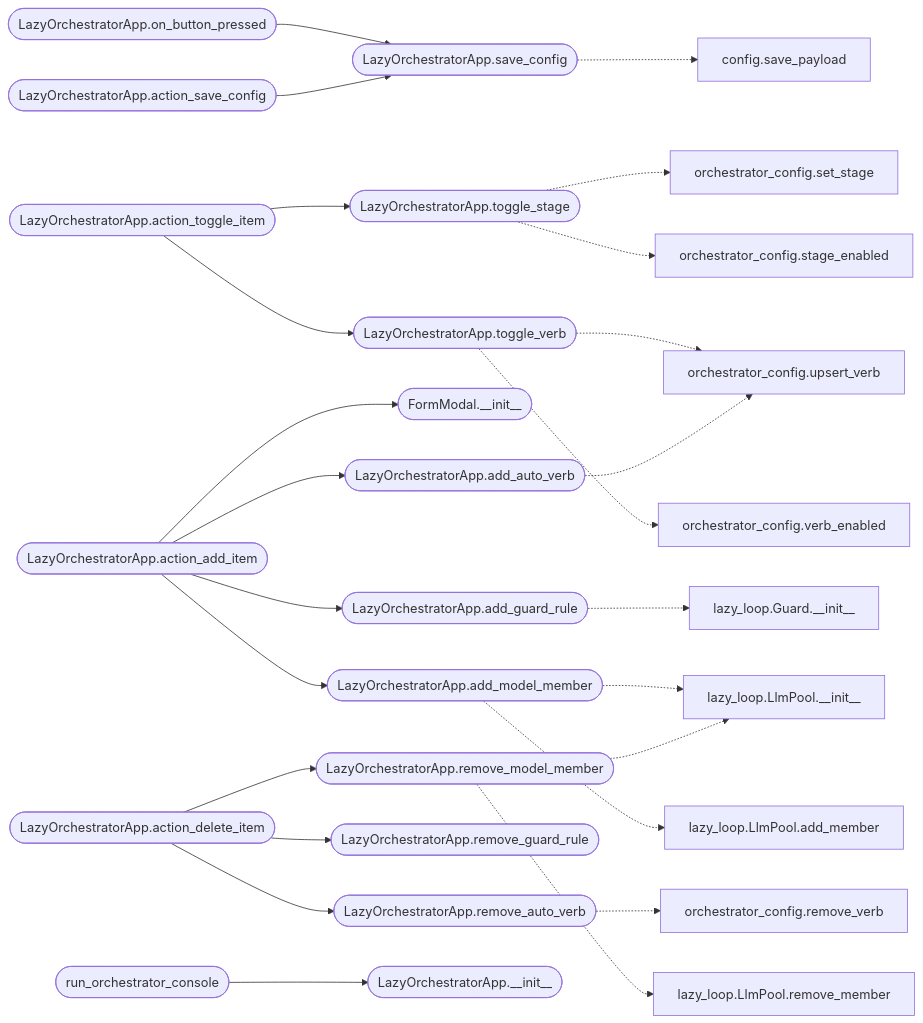
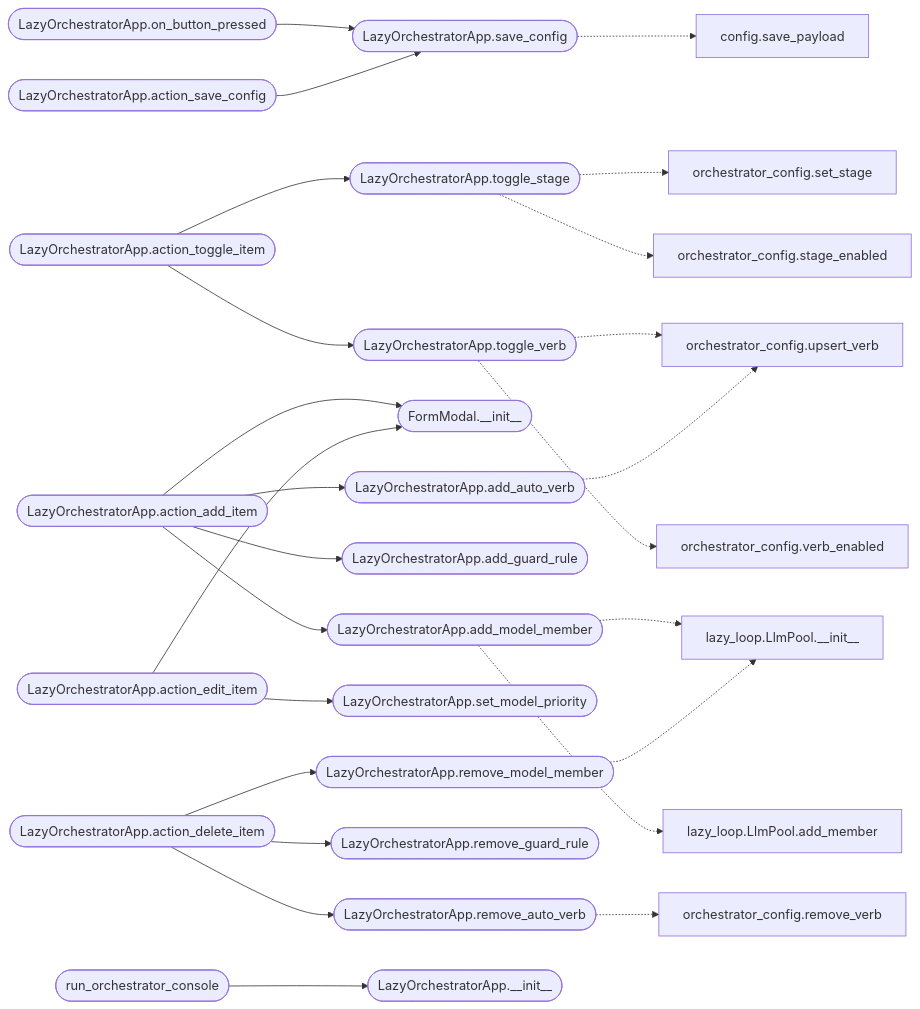
Before and after one commit to grisuno/LazyOwn: the second of 2 diagrams in readmenator-apidocs/modules/cli.lazy_orchestrator.py.md, drawn with Mermaid. The commit also changed other lines of this file and 325 other files, not shown here.

````diff
--- a/readmenator-apidocs/modules/cli.lazy_orchestrator.py.md
+++ b/readmenator-apidocs/modules/cli.lazy_orchestrator.py.md
@@ -64,54 +66,54 @@
 ```mermaid
 flowchart LR
     n_cli_lazy_orchestrator_py__LazyOrchestratorApp_on_button_pressed(["LazyOrchestratorApp.on_button_pressed"])
     n_cli_lazy_orchestrator_py__LazyOrchestratorApp_save_config(["LazyOrchestratorApp.save_config"])
     n_cli_lazy_orchestrator_py__LazyOrchestratorApp_action_toggle_item(["LazyOrchestratorApp.action_toggle_item"])
     n_cli_lazy_orchestrator_py__LazyOrchestratorApp_toggle_stage(["LazyOrchestratorApp.toggle_stage"])
     n_cli_lazy_orchestrator_py__LazyOrchestratorApp_toggle_verb(["LazyOrchestratorApp.toggle_verb"])
     n_cli_lazy_orchestrator_py__LazyOrchestratorApp_action_save_config(["LazyOrchestratorApp.action_save_config"])
     n_cli_lazy_orchestrator_py__LazyOrchestratorApp_action_add_item(["LazyOrchestratorApp.action_add_item"])
     n_cli_lazy_orchestrator_py__FormModal___init__(["FormModal.__init__"])
     n_cli_lazy_orchestrator_py__LazyOrchestratorApp_add_auto_verb(["LazyOrchestratorApp.add_auto_verb"])
     n_cli_lazy_orchestrator_py__LazyOrchestratorApp_add_guard_rule(["LazyOrchestratorApp.add_guard_rule"])
     n_cli_lazy_orchestrator_py__LazyOrchestratorApp_add_model_member(["LazyOrchestratorApp.add_model_member"])
+    n_cli_lazy_orchestrator_py__LazyOrchestratorApp_action_edit_item(["LazyOrchestratorApp.action_edit_item"])
+    n_cli_lazy_orchestrator_py__LazyOrchestratorApp_set_model_priority(["LazyOrchestratorApp.set_model_priority"])
     n_cli_lazy_orchestrator_py__LazyOrchestratorApp_action_delete_item(["LazyOrchestratorApp.action_delete_item"])
     n_cli_lazy_orchestrator_py__LazyOrchestratorApp_remove_auto_verb(["LazyOrchestratorApp.remove_auto_verb"])
     n_cli_lazy_orchestrator_py__LazyOrchestratorApp_remove_guard_rule(["LazyOrchestratorApp.remove_guard_rule"])
     n_cli_lazy_orchestrator_py__LazyOrchestratorApp_remove_model_member(["LazyOrchestratorApp.remove_model_member"])
     n_cli_lazy_orchestrator_py__run_orchestrator_console(["run_orchestrator_console"])
     n_cli_lazy_orchestrator_py__LazyOrchestratorApp___init__(["LazyOrchestratorApp.__init__"])
     n_modules_orchestrator_config_py__set_stage["orchestrator_config.set_stage"]
     n_modules_orchestrator_config_py__stage_enabled["orchestrator_config.stage_enabled"]
     n_modules_orchestrator_config_py__upsert_verb["orchestrator_config.upsert_verb"]
     n_modules_orchestrator_config_py__verb_enabled["orchestrator_config.verb_enabled"]
     n_modules_orchestrator_config_py__remove_verb["orchestrator_config.remove_verb"]
     n_core_config_py__save_payload["config.save_payload"]
     n_modules_lazy_loop_py__LlmPool___init__["lazy_loop.LlmPool.__init__"]
     n_modules_lazy_loop_py__LlmPool_add_member["lazy_loop.LlmPool.add_member"]
-    n_modules_lazy_loop_py__LlmPool_remove_member["lazy_loop.LlmPool.remove_member"]
-    n_modules_lazy_loop_py__Guard___init__["lazy_loop.Guard.__init__"]
     n_cli_lazy_orchestrator_py__LazyOrchestratorApp_on_button_pressed --> n_cli_lazy_orchestrator_py__LazyOrchestratorApp_save_config
     n_cli_lazy_orchestrator_py__LazyOrchestratorApp_action_toggle_item --> n_cli_lazy_orchestrator_py__LazyOrchestratorApp_toggle_stage
     n_cli_lazy_orchestrator_py__LazyOrchestratorApp_action_toggle_item --> n_cli_lazy_orchestrator_py__LazyOrchestratorApp_toggle_verb
     n_cli_lazy_orchestrator_py__LazyOrchestratorApp_action_save_config --> n_cli_lazy_orchestrator_py__LazyOrchestratorApp_save_config
     n_cli_lazy_orchestrator_py__LazyOrchestratorApp_action_add_item --> n_cli_lazy_orchestrator_py__FormModal___init__
     n_cli_lazy_orchestrator_py__LazyOrchestratorApp_action_add_item --> n_cli_lazy_orchestrator_py__LazyOrchestratorApp_add_auto_verb
     n_cli_lazy_orchestrator_py__LazyOrchestratorApp_action_add_item --> n_cli_lazy_orchestrator_py__LazyOrchestratorApp_add_guard_rule
     n_cli_lazy_orchestrator_py__LazyOrchestratorApp_action_add_item --> n_cli_lazy_orchestrator_py__LazyOrchestratorApp_add_model_member
+    n_cli_lazy_orchestrator_py__LazyOrchestratorApp_action_edit_item --> n_cli_lazy_orchestrator_py__FormModal___init__
+    n_cli_lazy_orchestrator_py__LazyOrchestratorApp_action_edit_item --> n_cli_lazy_orchestrator_py__LazyOrchestratorApp_set_model_priority
     n_cli_lazy_orchestrator_py__LazyOrchestratorApp_action_delete_item --> n_cli_lazy_orchestrator_py__LazyOrchestratorApp_remove_auto_verb
     n_cli_lazy_orchestrator_py__LazyOrchestratorApp_action_delete_item --> n_cli_lazy_orchestrator_py__LazyOrchestratorApp_remove_guard_rule
     n_cli_lazy_orchestrator_py__LazyOrchestratorApp_action_delete_item --> n_cli_lazy_orchestrator_py__LazyOrchestratorApp_remove_model_member
     n_cli_lazy_orchestrator_py__run_orchestrator_console --> n_cli_lazy_orchestrator_py__LazyOrchestratorApp___init__
     n_cli_lazy_orchestrator_py__LazyOrchestratorApp_toggle_stage -.-> n_modules_orchestrator_config_py__set_stage
     n_cli_lazy_orchestrator_py__LazyOrchestratorApp_toggle_stage -.-> n_modules_orchestrator_config_py__stage_enabled
     n_cli_lazy_orchestrator_py__LazyOrchestratorApp_toggle_verb -.-> n_modules_orchestrator_config_py__upsert_verb
     n_cli_lazy_orchestrator_py__LazyOrchestratorApp_toggle_verb -.-> n_modules_orchestrator_config_py__verb_enabled
     n_cli_lazy_orchestrator_py__LazyOrchestratorApp_add_auto_verb -.-> n_modules_orchestrator_config_py__upsert_verb
     n_cli_lazy_orchestrator_py__LazyOrchestratorApp_remove_auto_verb -.-> n_modules_orchestrator_config_py__remove_verb
     n_cli_lazy_orchestrator_py__LazyOrchestratorApp_save_config -.-> n_core_config_py__save_payload
     n_cli_lazy_orchestrator_py__LazyOrchestratorApp_add_model_member -.-> n_modules_lazy_loop_py__LlmPool___init__
     n_cli_lazy_orchestrator_py__LazyOrchestratorApp_add_model_member -.-> n_modules_lazy_loop_py__LlmPool_add_member
     n_cli_lazy_orchestrator_py__LazyOrchestratorApp_remove_model_member -.-> n_modules_lazy_loop_py__LlmPool___init__
-    n_cli_lazy_orchestrator_py__LazyOrchestratorApp_remove_model_member -.-> n_modules_lazy_loop_py__LlmPool_remove_member
-    n_cli_lazy_orchestrator_py__LazyOrchestratorApp_add_guard_rule -.-> n_modules_lazy_loop_py__Guard___init__
 ```
````
